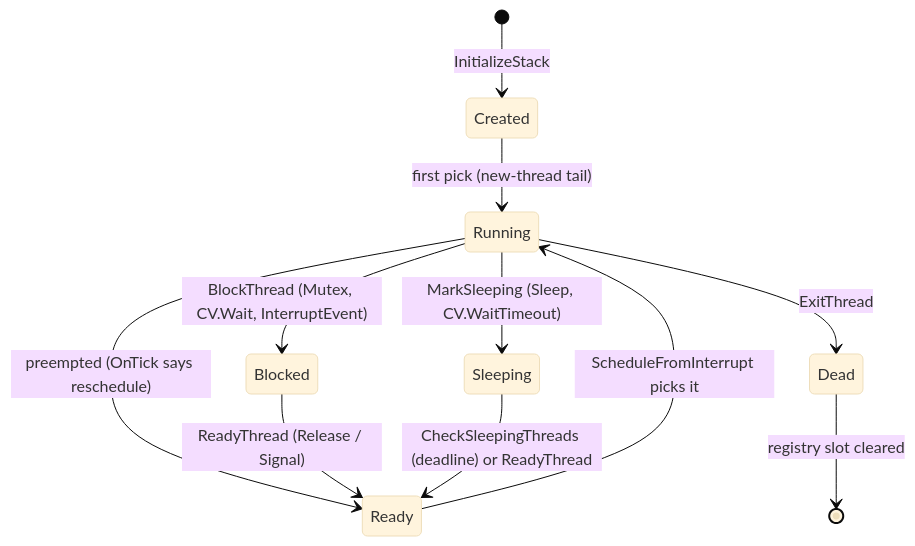
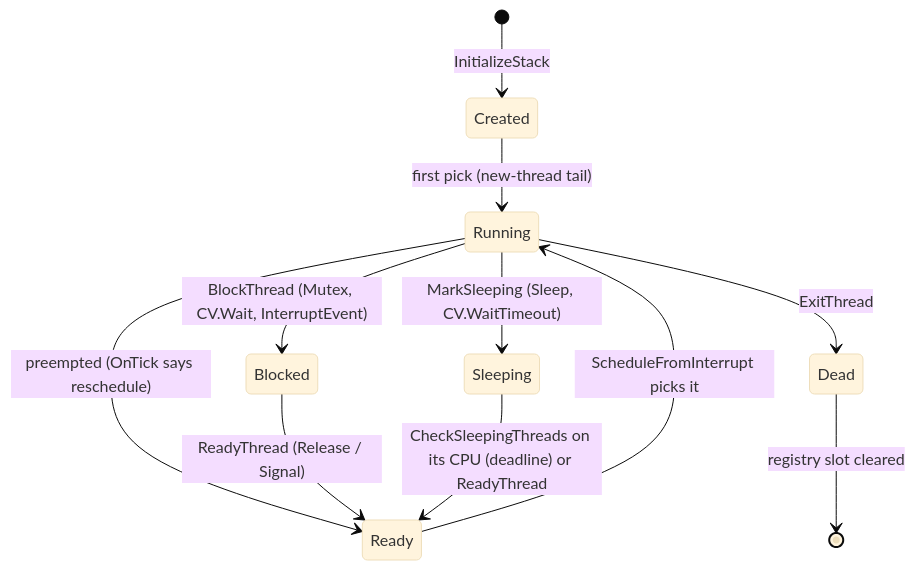
Before and after one commit to CosmosOS/Cosmos: the first of 3 diagrams in docs/articles/dev/scheduler.md, drawn with Mermaid (base theme). The commit also changed other lines of this file and 4 other files, not shown here.

````diff
--- a/docs/articles/dev/scheduler.md
+++ b/docs/articles/dev/scheduler.md
@@ -92,13 +92,13 @@
 ```mermaid
 stateDiagram-v2
     [*] --> Created: InitializeStack
     Created --> Running: first pick (new-thread tail)
     Running --> Ready: preempted (OnTick says reschedule)
     Ready --> Running: ScheduleFromInterrupt picks it
     Running --> Blocked: BlockThread (Mutex, CV.Wait, InterruptEvent)
     Running --> Sleeping: MarkSleeping (Sleep, CV.WaitTimeout)
     Blocked --> Ready: ReadyThread (Release / Signal)
-    Sleeping --> Ready: CheckSleepingThreads (deadline) or ReadyThread
+    Sleeping --> Ready: CheckSleepingThreads on its CPU (deadline) or ReadyThread
     Running --> Dead: ExitThread
     Dead --> [*]: registry slot cleared
 ```
````
